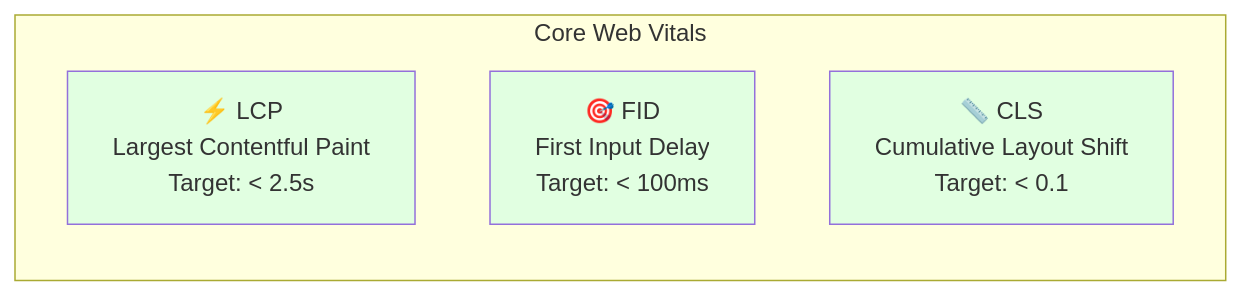
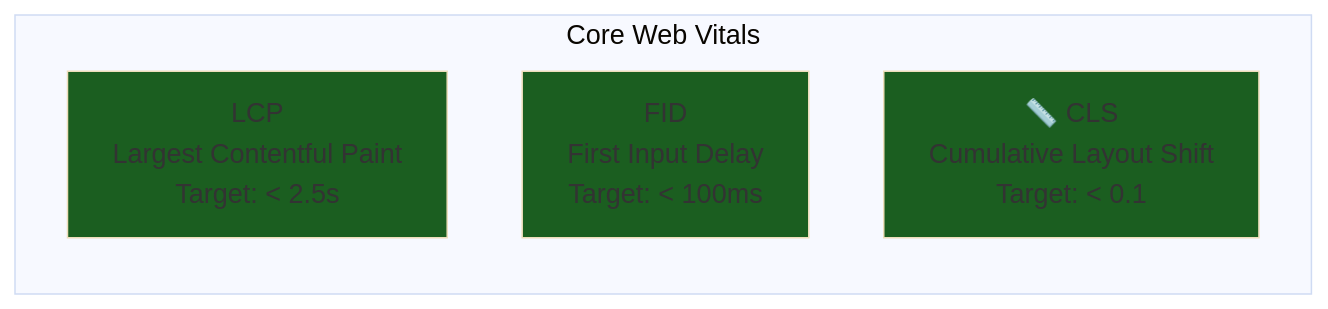
Before and after one commit to Ai-Whisperers/Courses-Content: diagram 12 of 12 in courses/🟡-development/FPUNA-2026/01-DESARROLLO-SOFTWARE/especializaciones/web-development/05-despliegue-ia.md, drawn with Mermaid. The commit also changed other lines of this file and 47 other files, not shown here.

First line of the commit message:
fix: Make all 473 diagrams WCAG AAA accessible (FPUNA-2026)

````diff
--- a/courses/🟡-development/FPUNA-2026/01-DESARROLLO-SOFTWARE/especializaciones/web-development/05-despliegue-ia.md
+++ b/courses/🟡-development/FPUNA-2026/01-DESARROLLO-SOFTWARE/especializaciones/web-development/05-despliegue-ia.md
@@ -1065,12 +1076,13 @@
 ```mermaid
+%%{init: {'theme':'base', 'themeVariables': {'fontSize':'18px'}}}%%
 graph LR
     subgraph "Core Web Vitals"
-        A[⚡ LCP<br/>Largest Contentful Paint<br/>Target: < 2.5s]
-        B[🎯 FID<br/>First Input Delay<br/>Target: < 100ms]
+        A[LCP<br/>Largest Contentful Paint<br/>Target: < 2.5s]
+        B[FID<br/>First Input Delay<br/>Target: < 100ms]
         C[📏 CLS<br/>Cumulative Layout Shift<br/>Target: < 0.1]
     end
     
-    style A fill:#E1FFE1
-    style B fill:#E1FFE1
-    style C fill:#E1FFE1
+    style A fill:#1b5e20
+    style B fill:#1b5e20
+    style C fill:#1b5e20
 ```
````
